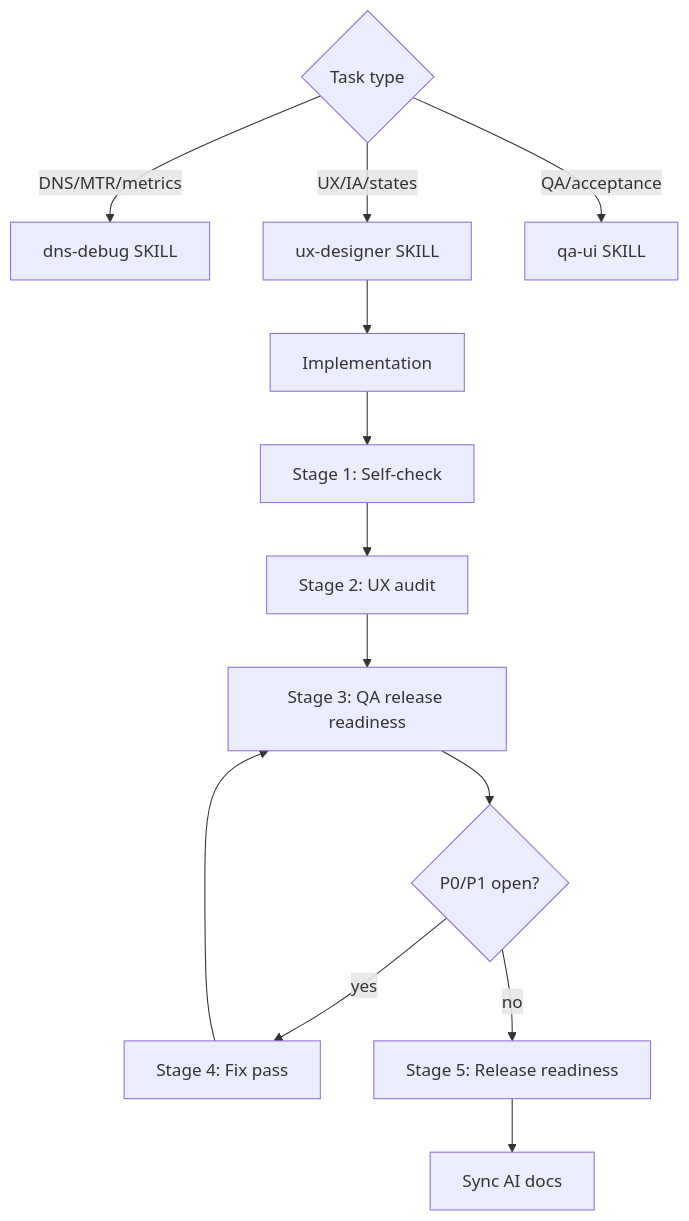
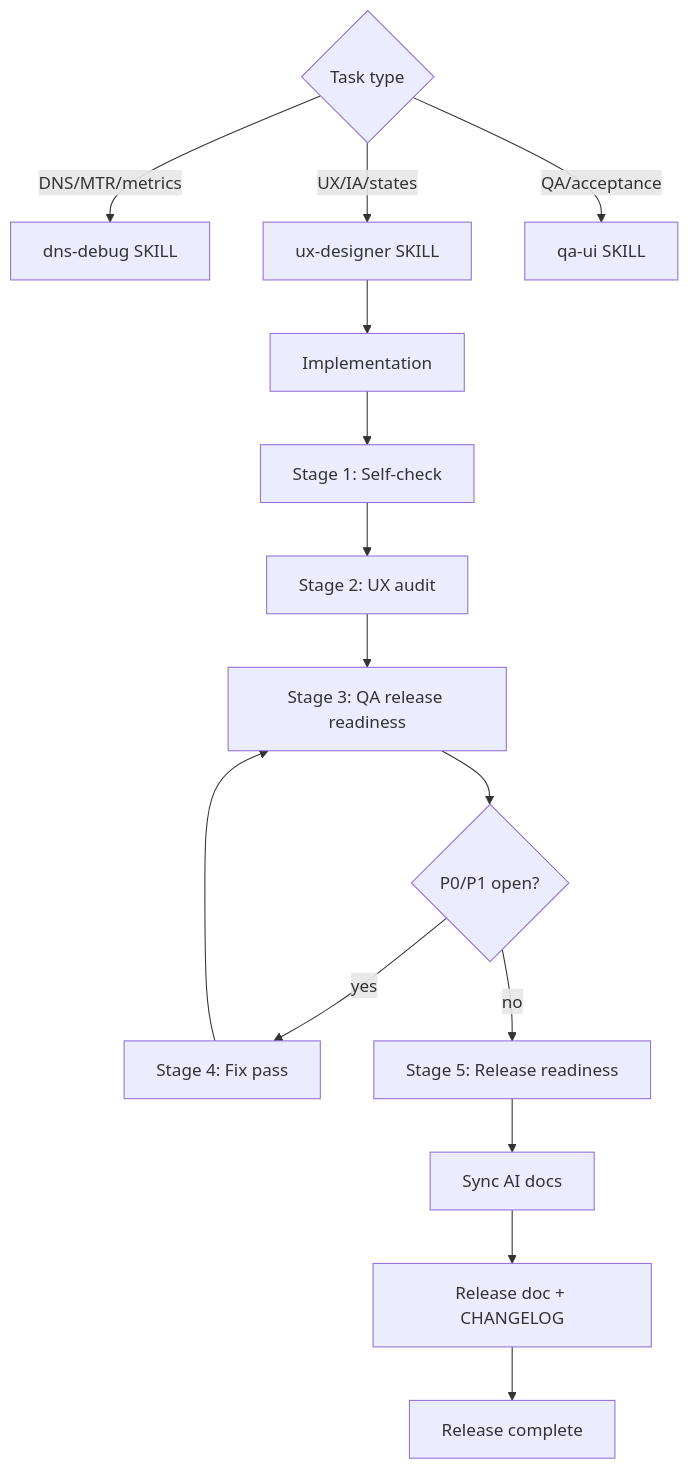
The diagram in CURSOR.md (shatovilya/dns-dig-docker), drawn with Mermaid before and after one commit. The commit also changed other lines of this file and 47 other files, not shown here.

````diff
--- a/CURSOR.md
+++ b/CURSOR.md
@@ -15,16 +15,18 @@
 ```mermaid
 flowchart TD
     task{Task type}
     task -->|DNS/MTR/metrics| dns[dns-debug SKILL]
     task -->|UX/IA/states| ux[ux-designer SKILL]
     task -->|QA/acceptance| qa[qa-ui SKILL]
     ux --> impl[Implementation]
     impl --> s1[Stage 1: Self-check]
     s1 --> s2[Stage 2: UX audit]
     s2 --> s3[Stage 3: QA release readiness]
     s3 --> findings{P0/P1 open?}
     findings -->|yes| s4[Stage 4: Fix pass]
     s4 --> s3
     findings -->|no| s5[Stage 5: Release readiness]
     s5 --> docs[Sync AI docs]
+    docs --> rel[Release doc + CHANGELOG]
+    rel --> done[Release complete]
 ```
````
